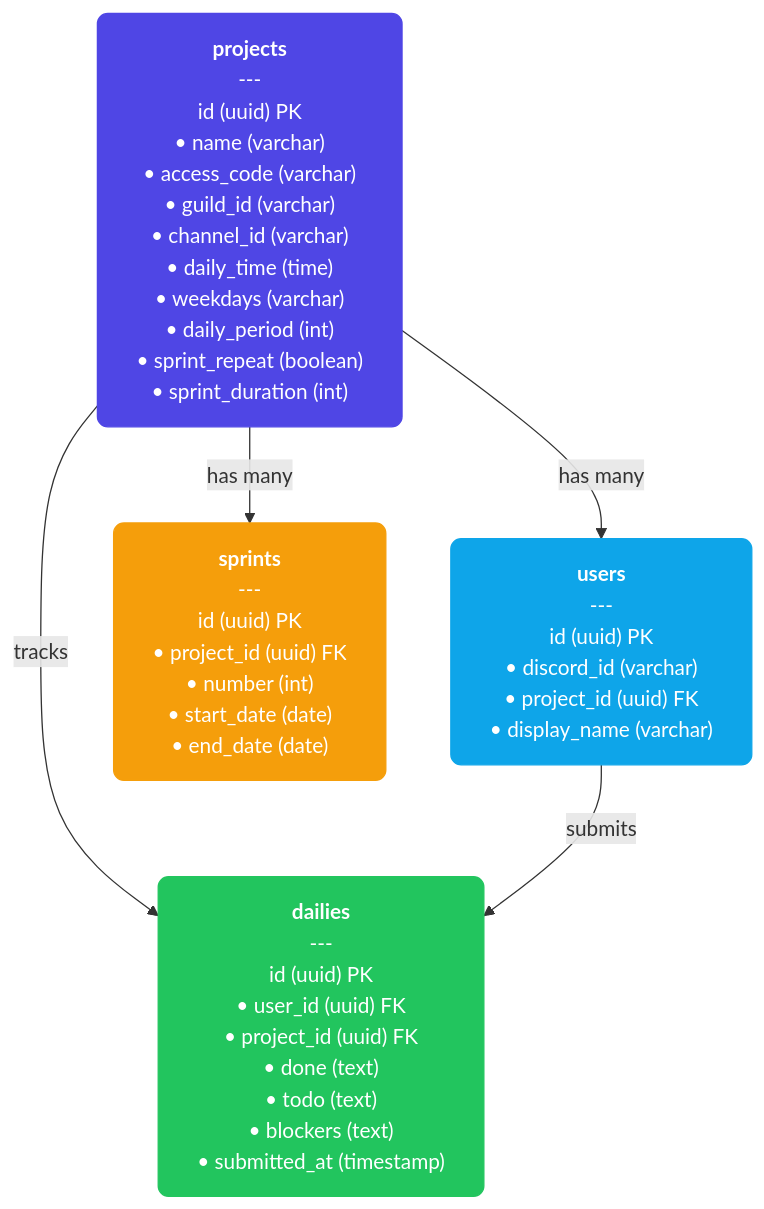
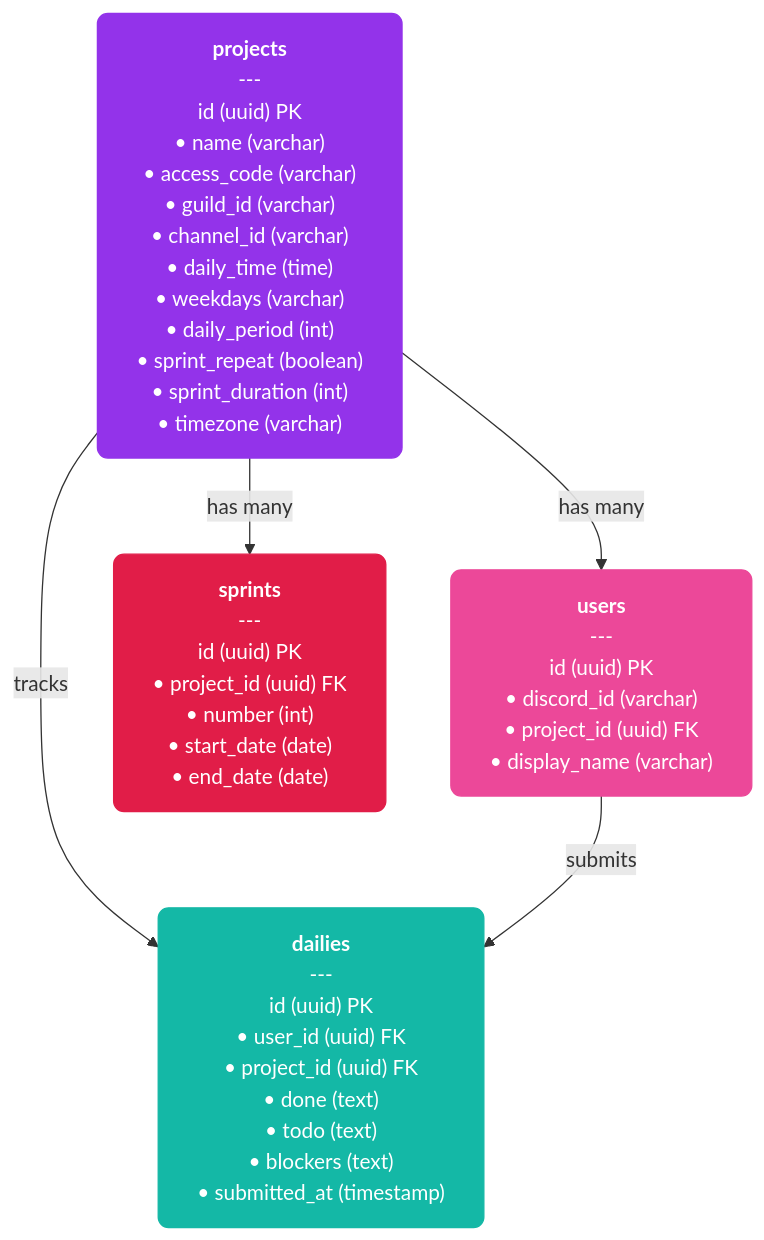
Before and after one commit to EduLoboM/BOMB: the second of 2 diagrams in README.md, drawn with Mermaid. The commit also changed other lines of this file, not shown here.

Commit message:
Docs(README): Updates readme mermaids and updates the project structure

````diff
--- a/README.md
+++ b/README.md
@@ -173,20 +183,20 @@
 ```mermaid
 flowchart TD
-    P["<b>projects</b><br/>---<br/>id (uuid) PK<br/>• name (varchar)<br/>• access_code (varchar)<br/>• guild_id (varchar)<br/>• channel_id (varchar)<br/>• daily_time (time)<br/>• weekdays (varchar)<br/>• daily_period (int)<br/>• sprint_repeat (boolean)<br/>• sprint_duration (int)"]
+    P["<b>projects</b><br/>---<br/>id (uuid) PK<br/>• name (varchar)<br/>• access_code (varchar)<br/>• guild_id (varchar)<br/>• channel_id (varchar)<br/>• daily_time (time)<br/>• weekdays (varchar)<br/>• daily_period (int)<br/>• sprint_repeat (boolean)<br/>• sprint_duration (int)<br/>• timezone (varchar)"]
     
     U["<b>users</b><br/>---<br/>id (uuid) PK<br/>• discord_id (varchar)<br/>• project_id (uuid) FK<br/>• display_name (varchar)"]
     
     S["<b>sprints</b><br/>---<br/>id (uuid) PK<br/>• project_id (uuid) FK<br/>• number (int)<br/>• start_date (date)<br/>• end_date (date)"]
     
     D["<b>dailies</b><br/>---<br/>id (uuid) PK<br/>• user_id (uuid) FK<br/>• project_id (uuid) FK<br/>• done (text)<br/>• todo (text)<br/>• blockers (text)<br/>• submitted_at (timestamp)"]
 
     P -->|has many| U
     P -->|has many| S
     P -->|tracks| D
     U -->|submits| D
 
-    style P fill:#4f46e5,stroke:#4f46e5,color:#fff,rx:8px,ry:8px
-    style U fill:#0ea5e9,stroke:#0ea5e9,color:#fff,rx:8px,ry:8px
-    style S fill:#f59e0b,stroke:#f59e0b,color:#fff,rx:8px,ry:8px
-    style D fill:#22c55e,stroke:#22c55e,color:#fff,rx:8px,ry:8px
+    style P fill:#9333ea,stroke:#9333ea,color:#fff,rx:8px,ry:8px
+    style U fill:#ec4899,stroke:#ec4899,color:#fff,rx:8px,ry:8px
+    style S fill:#e11d48,stroke:#e11d48,color:#fff,rx:8px,ry:8px
+    style D fill:#14b8a6,stroke:#14b8a6,color:#fff,rx:8px,ry:8px
 ```
````
